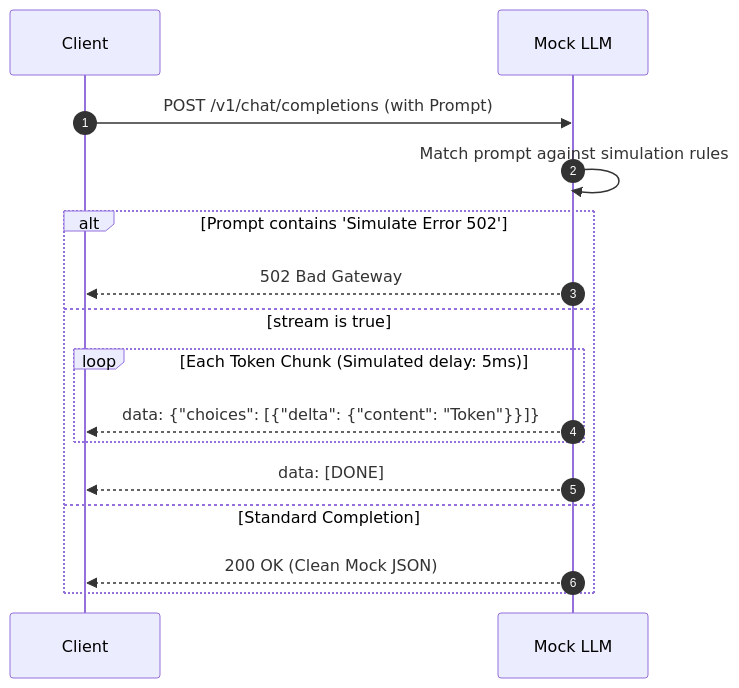
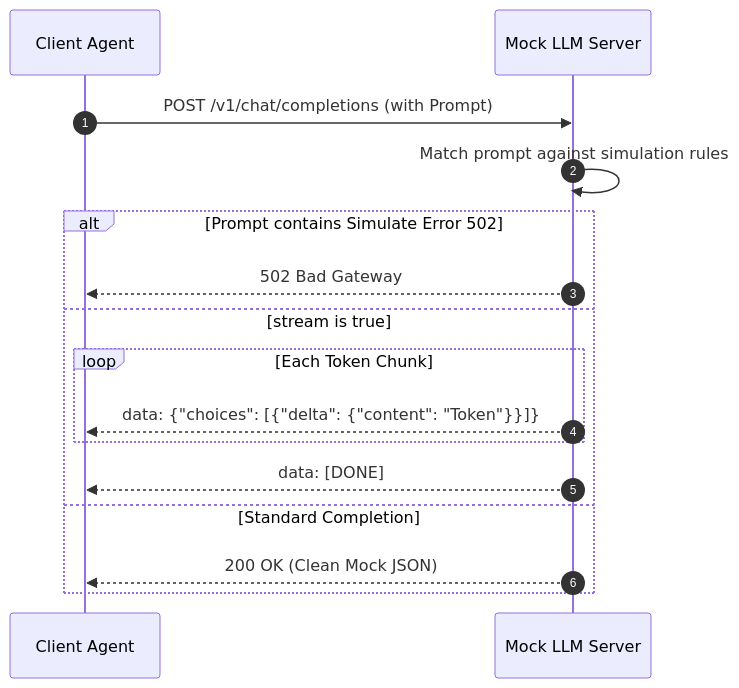
One commit to devcy0922/devcy0922.github.io changed the second of 2 diagrams in docs/projects/mock-llm.md. Above: the diagram before and after it, drawn with Mermaid. The commit also changed 49 other files, not shown here.

Commit message:
fix: remove image config, improve hero text style, and fix mermaid sequenceDiagram syntax

````diff
--- a/docs/projects/mock-llm.md
+++ b/docs/projects/mock-llm.md
@@ -48,16 +48,19 @@
 ```mermaid
 sequenceDiagram
     autonumber
-    Client->>Mock LLM: POST /v1/chat/completions (with Prompt)
-    Mock LLM->>Mock LLM: Match prompt against simulation rules
-    alt Prompt contains 'Simulate Error 502'
-        Mock LLM-->>Client: 502 Bad Gateway
+    participant Client as Client Agent
+    participant Mock as Mock LLM Server
+
+    Client->>Mock: POST /v1/chat/completions (with Prompt)
+    Mock->>Mock: Match prompt against simulation rules
+    alt Prompt contains Simulate Error 502
+        Mock-->>Client: 502 Bad Gateway
     else stream is true
-        loop Each Token Chunk (Simulated delay: 5ms)
-            Mock LLM-->>Client: data: {"choices": [{"delta": {"content": "Token"}}]}
+        loop Each Token Chunk
+            Mock-->>Client: data: {"choices": [{"delta": {"content": "Token"}}]}
         end
-        Mock LLM-->>Client: data: [DONE]
+        Mock-->>Client: data: [DONE]
     else Standard Completion
-        Mock LLM-->>Client: 200 OK (Clean Mock JSON)
+        Mock-->>Client: 200 OK (Clean Mock JSON)
     end
 ```
````
